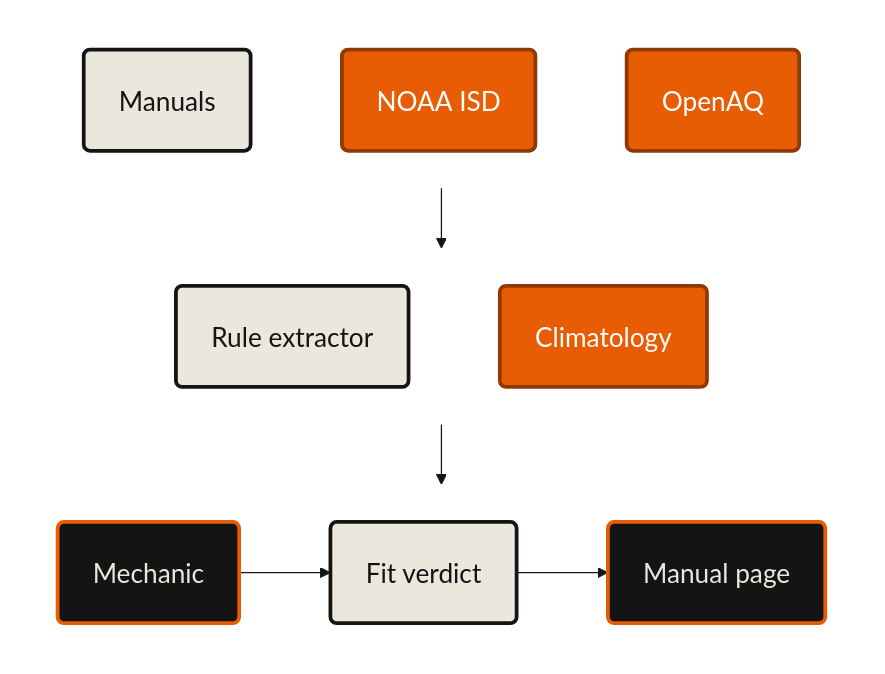
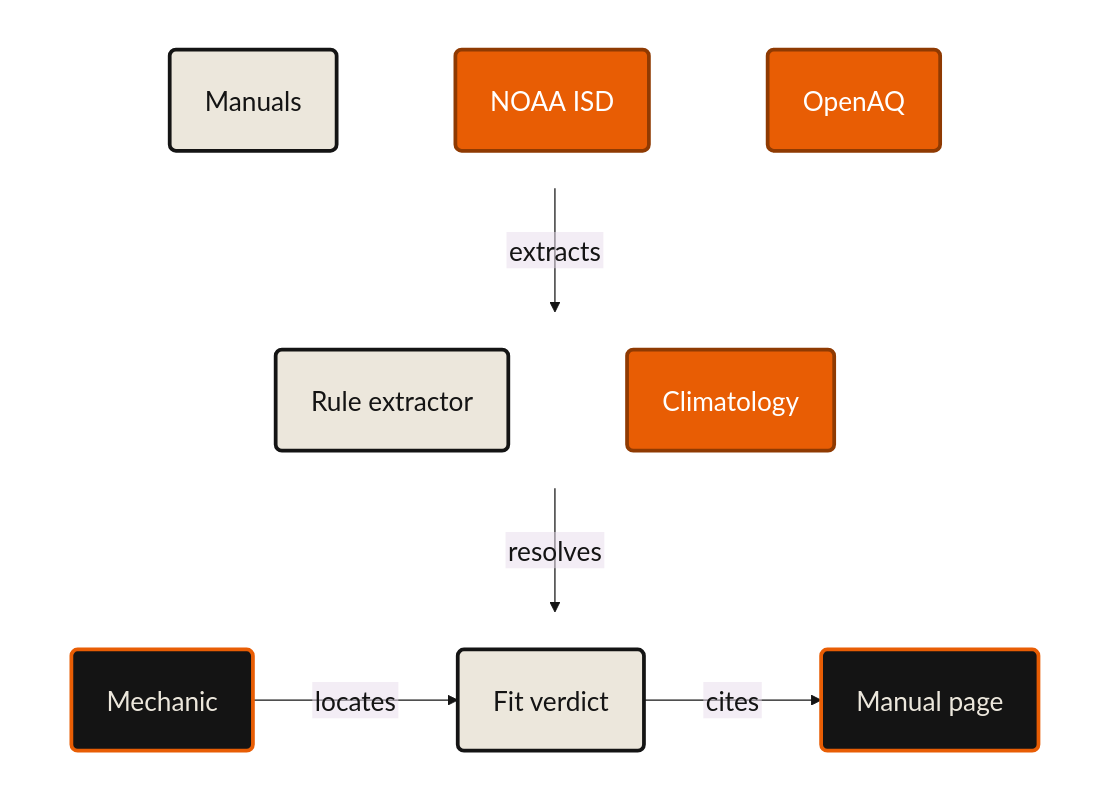
The diagram in docs/pitches/voloridge.md (lxorb/mechanica), drawn with Mermaid before and after one commit. The commit also changed other lines of this file and 140 other files, not shown here.

````diff
--- a/docs/pitches/voloridge.md
+++ b/docs/pitches/voloridge.md
@@ -122,25 +122,25 @@
 ```mermaid
-%%{init: {"theme":"base","htmlLabels":false,"themeVariables":{"fontSize":"21px","fontFamily":"Barlow","lineColor":"#141414","primaryColor":"#ece7dc","primaryTextColor":"#141414","primaryBorderColor":"#141414","background":"#ffffff"},"flowchart":{"curve":"linear","htmlLabels":false,"nodeSpacing":40,"rankSpacing":48,"padding":28,"useMaxWidth":false}}}%%
+%%{init: {"theme":"base","htmlLabels":false,"themeVariables":{"fontSize":"21px","fontFamily":"Barlow","lineColor":"#141414","primaryColor":"#ece7dc","primaryTextColor":"#141414","primaryBorderColor":"#141414","background":"#ffffff"},"flowchart":{"curve":"linear","htmlLabels":false,"nodeSpacing":40,"rankSpacing":70,"padding":28,"useMaxWidth":false}}}%%
 flowchart TB
   subgraph R1[" "]
     direction LR
     MAN("Manuals"):::ours ~~~ ISD("NOAA ISD"):::them ~~~ AQ("OpenAQ"):::them
   end
   subgraph R2[" "]
     direction LR
     RULE("Rule extractor"):::ours ~~~ CLIM("Climatology"):::them
   end
   subgraph R3[" "]
     direction LR
-    MECH("Mechanic"):::ends --> FIT("Fit verdict"):::ours --> PAGE("Manual page"):::ends
+    MECH("Mechanic"):::ends -- "locates" --> FIT("Fit verdict"):::ours -- "cites" --> PAGE("Manual page"):::ends
   end
 
-  R1 --> R2 --> R3
+  R1 -- "extracts" --> R2 -- "resolves" --> R3
 
   classDef ends fill:#141414,stroke:#e85d04,stroke-width:3px,color:#ece7dc
   classDef ours fill:#ece7dc,stroke:#141414,stroke-width:3px,color:#141414
   classDef them fill:#e85d04,stroke:#8f3a02,stroke-width:3px,color:#ffffff
   style R1 fill:none,stroke:none
   style R2 fill:none,stroke:none
   style R3 fill:none,stroke:none
 ```
````
